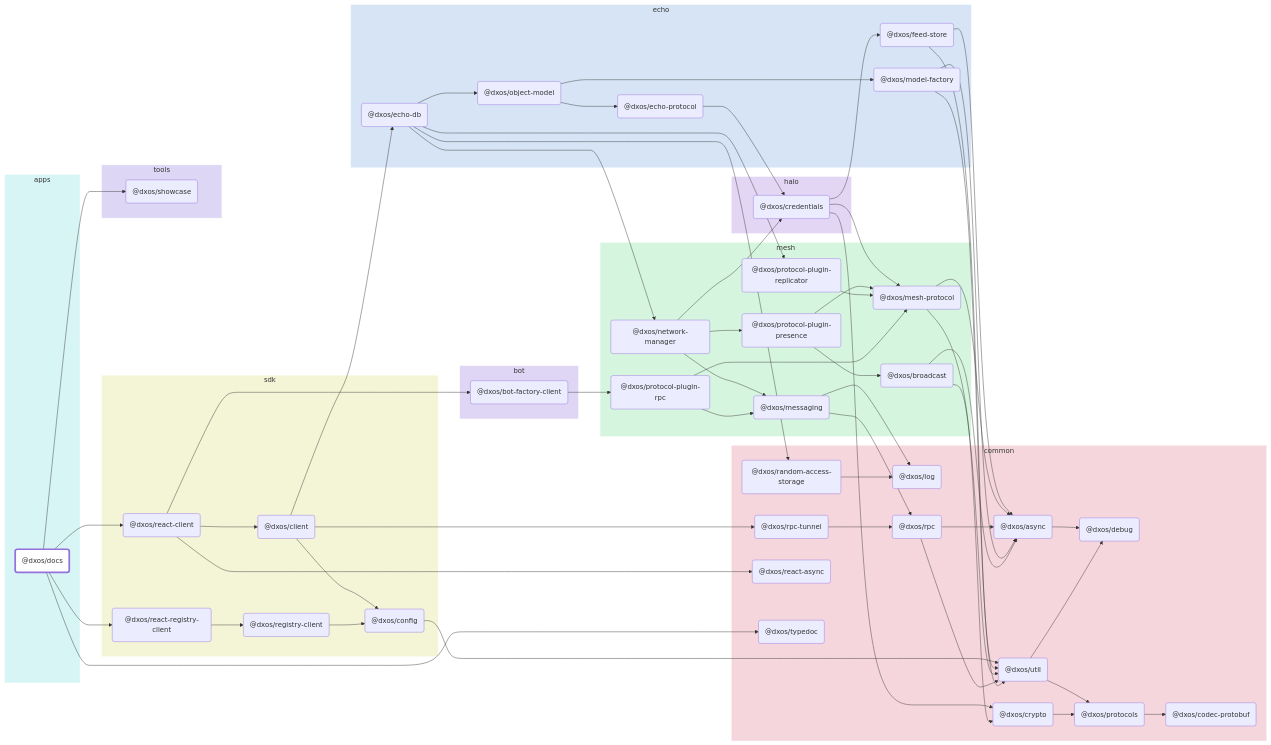
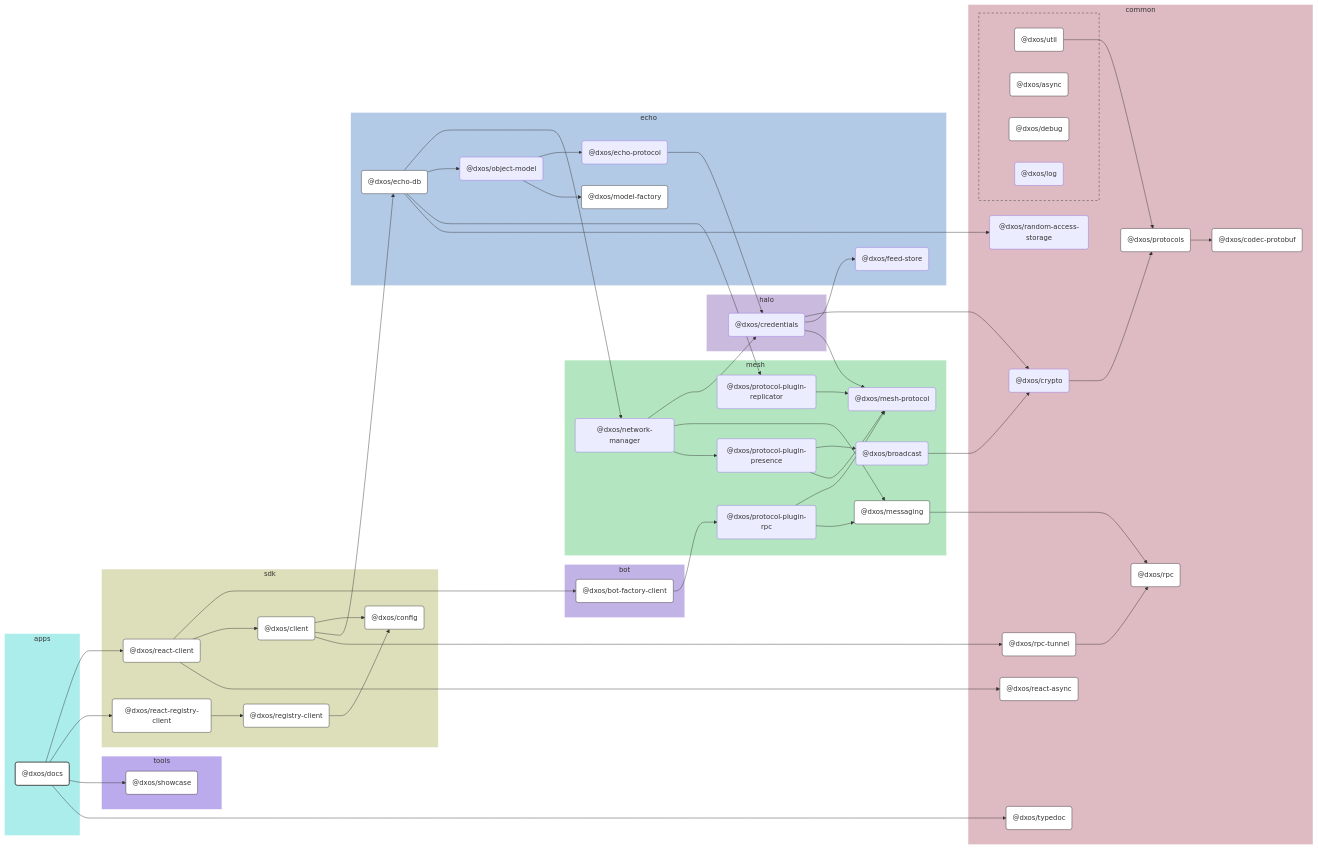
The diagram in apps/docs/docs/README.md (dxos/dxos), drawn with Mermaid before and after one commit. The commit also changed 100 other files, not shown here.

````diff
--- a/apps/docs/docs/README.md
+++ b/apps/docs/docs/README.md
@@ -7,142 +7,172 @@
 ```mermaid
-flowchart LR;
+%%{ init: {'flowchart':{'curve':'basis'}} }%%
 
-style dxos/docs fill:#fff,stroke-width:4px;
+flowchart LR
 
-click dxos/client "https:/github.com/dxos/dxos/tree/main/packages/sdk/client/docs";
-click dxos/async "https:/github.com/dxos/dxos/tree/main/packages/common/async/docs";
-click dxos/codec-protobuf "https:/github.com/dxos/dxos/tree/main/packages/common/codec-protobuf/docs";
-click dxos/config "https:/github.com/dxos/dxos/tree/main/packages/sdk/config/docs";
-click dxos/debug "https:/github.com/dxos/dxos/tree/main/packages/common/debug/docs";
-click dxos/echo-db "https:/github.com/dxos/dxos/tree/main/packages/echo/echo-db/docs";
-click dxos/model-factory "https:/github.com/dxos/dxos/tree/main/packages/echo/model-factory/docs";
-click dxos/protocols "https:/github.com/dxos/dxos/tree/main/packages/common/protocols/docs";
-click dxos/rpc "https:/github.com/dxos/dxos/tree/main/packages/common/rpc/docs";
-click dxos/rpc-tunnel "https:/github.com/dxos/dxos/tree/main/packages/common/rpc-tunnel/docs";
-click dxos/messaging "https:/github.com/dxos/dxos/tree/main/packages/mesh/messaging/docs";
-click dxos/util "https:/github.com/dxos/dxos/tree/main/packages/common/util/docs";
-click dxos/react-client "https:/github.com/dxos/dxos/tree/main/packages/sdk/react-client/docs";
-click dxos/bot-factory-client "https:/github.com/dxos/dxos/tree/main/packages/bot/bot-factory-client/docs";
-click dxos/react-async "https:/github.com/dxos/dxos/tree/main/packages/common/react-async/docs";
-click dxos/react-registry-client "https:/github.com/dxos/dxos/tree/main/packages/sdk/react-registry-client/docs";
-click dxos/registry-client "https:/github.com/dxos/dxos/tree/main/packages/sdk/registry-client/docs";
-click dxos/showcase "https:/github.com/dxos/dxos/tree/main/tools/showcase/docs";
-click dxos/typedoc "https:/github.com/dxos/dxos/tree/main/packages/common/typedoc/docs";
+%% Links
+dxos/bot-factory-client --> dxos/protocol-plugin-rpc;
+dxos/broadcast --> dxos/crypto;
+dxos/client --> dxos/config;
+dxos/client --> dxos/echo-db;
+dxos/client --> dxos/rpc-tunnel;
+dxos/credentials --> dxos/crypto;
+dxos/credentials --> dxos/feed-store;
+dxos/credentials --> dxos/mesh-protocol;
+dxos/crypto --> dxos/protocols;
+dxos/docs --> dxos/react-client;
+dxos/docs --> dxos/react-registry-client;
+dxos/docs --> dxos/showcase;
+dxos/docs --> dxos/typedoc;
+dxos/echo-db --> dxos/network-manager;
+dxos/echo-db --> dxos/object-model;
+dxos/echo-db --> dxos/protocol-plugin-replicator;
+dxos/echo-db --> dxos/random-access-storage;
+dxos/echo-protocol --> dxos/credentials;
+dxos/messaging --> dxos/rpc;
+dxos/network-manager --> dxos/credentials;
+dxos/network-manager --> dxos/messaging;
+dxos/network-manager --> dxos/protocol-plugin-presence;
+dxos/object-model --> dxos/echo-protocol;
+dxos/object-model --> dxos/model-factory;
+dxos/protocol-plugin-presence --> dxos/broadcast;
+dxos/protocol-plugin-presence --> dxos/mesh-protocol;
+dxos/protocol-plugin-replicator --> dxos/mesh-protocol;
+dxos/protocol-plugin-rpc --> dxos/mesh-protocol;
+dxos/protocol-plugin-rpc --> dxos/messaging;
+dxos/protocols --> dxos/codec-protobuf;
+dxos/react-client --> dxos/bot-factory-client;
+dxos/react-client --> dxos/client;
+dxos/react-client --> dxos/react-async;
+dxos/react-registry-client --> dxos/registry-client;
+dxos/registry-client --> dxos/config;
+dxos/rpc-tunnel --> dxos/rpc;
+dxos/util --> dxos/protocols;
 
+%% Sections
 subgraph apps
-  style apps fill:#d6f5f4,stroke:#fff;
-  dxos/docs("@dxos/docs");
+  style apps fill:#abedeb,stroke:#fff;
+
+  dxos/docs("@dxos/docs")
 end
 
 subgraph sdk
-  style sdk fill:#f4f5d6,stroke:#fff;
-  dxos/client("@dxos/client");
-  dxos/config("@dxos/config");
-  dxos/react-client("@dxos/react-client");
-  dxos/react-registry-client("@dxos/react-registry-client");
-  dxos/registry-client("@dxos/registry-client");
+  style sdk fill:#dddeba,stroke:#fff;
+
+  dxos/client("@dxos/client")
+  dxos/config("@dxos/config")
+  dxos/react-client("@dxos/react-client")
+  dxos/react-registry-client("@dxos/react-registry-client")
+  dxos/registry-client("@dxos/registry-client")
 end
 
 subgraph common
-  style common fill:#f5d6dd,stroke:#fff;
-  dxos/async("@dxos/async");
-  dxos/debug("@dxos/debug");
-  dxos/codec-protobuf("@dxos/codec-protobuf");
-  dxos/protocols("@dxos/protocols");
-  dxos/util("@dxos/util");
-  dxos/log("@dxos/log");
-  dxos/crypto("@dxos/crypto");
-  dxos/rpc("@dxos/rpc");
-  dxos/random-access-storage("@dxos/random-access-storage");
-  dxos/rpc-tunnel("@dxos/rpc-tunnel");
-  dxos/react-async("@dxos/react-async");
-  dxos/typedoc("@dxos/typedoc");
+  style common fill:#debac2,stroke:#fff;
+
+  dxos/codec-protobuf("@dxos/codec-protobuf")
+  dxos/crypto("@dxos/crypto")
+  dxos/protocols("@dxos/protocols")
+  dxos/random-access-storage("@dxos/random-access-storage")
+  dxos/react-async("@dxos/react-async")
+  dxos/rpc("@dxos/rpc")
+  dxos/rpc-tunnel("@dxos/rpc-tunnel")
+  dxos/typedoc("@dxos/typedoc")
+
+  subgraph common-excluded [ ]
+    style common-excluded fill:#debac2,stroke:#333,stroke-dasharray:5 5;
+
+    dxos/async("@dxos/async")
+    dxos/debug("@dxos/debug")
+    dxos/log("@dxos/log")
+    dxos/util("@dxos/util")
+  end
 end
 
 subgraph echo
-  style echo fill:#d6e4f5,stroke:#fff;
-  dxos/echo-db("@dxos/echo-db");
-  dxos/feed-store("@dxos/feed-store");
-  dxos/echo-protocol("@dxos/echo-protocol");
-  dxos/model-factory("@dxos/model-factory");
-  dxos/object-model("@dxos/object-model");
+  style echo fill:#b3cae6,stroke:#fff;
+
+  dxos/echo-db("@dxos/echo-db")
+  dxos/echo-protocol("@dxos/echo-protocol")
+  dxos/feed-store("@dxos/feed-store")
+  dxos/model-factory("@dxos/model-factory")
+  dxos/object-model("@dxos/object-model")
 end
 
 subgraph halo
-  style halo fill:#e3d6f5,stroke:#fff;
-  dxos/credentials("@dxos/credentials");
+  style halo fill:#cabade,stroke:#fff;
+
+  dxos/credentials("@dxos/credentials")
 end
 
 subgraph mesh
-  style mesh fill:#d6f5de,stroke:#fff;
-  dxos/mesh-protocol("@dxos/mesh-protocol");
-  dxos/messaging("@dxos/messaging");
-  dxos/network-manager("@dxos/network-manager");
-  dxos/protocol-plugin-presence("@dxos/protocol-plugin-presence");
-  dxos/broadcast("@dxos/broadcast");
-  dxos/protocol-plugin-replicator("@dxos/protocol-plugin-replicator");
-  dxos/protocol-plugin-rpc("@dxos/protocol-plugin-rpc");
+  style mesh fill:#b3e6c0,stroke:#fff;
+
+  dxos/broadcast("@dxos/broadcast")
+  dxos/mesh-protocol("@dxos/mesh-protocol")
+  dxos/messaging("@dxos/messaging")
+  dxos/network-manager("@dxos/network-manager")
+  dxos/protocol-plugin-presence("@dxos/protocol-plugin-presence")
+  dxos/protocol-plugin-replicator("@dxos/protocol-plugin-replicator")
+  dxos/protocol-plugin-rpc("@dxos/protocol-plugin-rpc")
 end
 
 subgraph bot
-  style bot fill:#dfd6f5,stroke:#fff;
-  dxos/bot-factory-client("@dxos/bot-factory-client");
+  style bot fill:#c2b3e6,stroke:#fff;
+
+  dxos/bot-factory-client("@dxos/bot-factory-client")
 end
 
 subgraph tools
-  style tools fill:#ded6f5,stroke:#fff;
-  dxos/showcase("@dxos/showcase");
+  style tools fill:#bbabed,stroke:#fff;
+
+  dxos/showcase("@dxos/showcase")
 end
 
-dxos/async --> dxos/debug;
-dxos/client --> dxos/config;
-dxos/protocols --> dxos/codec-protobuf;
-dxos/config --> dxos/util;
-dxos/util --> dxos/debug;
-dxos/util --> dxos/protocols;
-dxos/client --> dxos/echo-db;
-dxos/credentials --> dxos/crypto;
-dxos/crypto --> dxos/protocols;
-dxos/credentials --> dxos/feed-store;
-dxos/feed-store --> dxos/async;
-dxos/feed-store --> dxos/util;
-dxos/credentials --> dxos/mesh-protocol;
-dxos/mesh-protocol --> dxos/async;
-dxos/mesh-protocol --> dxos/util;
-dxos/echo-protocol --> dxos/credentials;
-dxos/messaging --> dxos/log;
-dxos/messaging --> dxos/rpc;
-dxos/rpc --> dxos/async;
-dxos/rpc --> dxos/util;
-dxos/model-factory --> dxos/async;
-dxos/model-factory --> dxos/util;
-dxos/echo-db --> dxos/network-manager;
-dxos/network-manager --> dxos/credentials;
-dxos/network-manager --> dxos/messaging;
-dxos/network-manager --> dxos/protocol-plugin-presence;
-dxos/protocol-plugin-presence --> dxos/broadcast;
-dxos/broadcast --> dxos/async;
-dxos/broadcast --> dxos/crypto;
-dxos/protocol-plugin-presence --> dxos/mesh-protocol;
-dxos/echo-db --> dxos/object-model;
-dxos/object-model --> dxos/echo-protocol;
-dxos/object-model --> dxos/model-factory;
-dxos/echo-db --> dxos/protocol-plugin-replicator;
-dxos/protocol-plugin-replicator --> dxos/mesh-protocol;
-dxos/echo-db --> dxos/random-access-storage;
-dxos/random-access-storage --> dxos/log;
-dxos/client --> dxos/rpc-tunnel;
-dxos/rpc-tunnel --> dxos/rpc;
-dxos/docs --> dxos/react-client;
-dxos/react-client --> dxos/bot-factory-client;
-dxos/bot-factory-client --> dxos/protocol-plugin-rpc;
-dxos/protocol-plugin-rpc --> dxos/messaging;
-dxos/protocol-plugin-rpc --> dxos/mesh-protocol;
-dxos/react-client --> dxos/client;
-dxos/react-client --> dxos/react-async;
-dxos/docs --> dxos/react-registry-client;
-dxos/react-registry-client --> dxos/registry-client;
-dxos/registry-client --> dxos/config;
-dxos/docs --> dxos/showcase;
-dxos/docs --> dxos/typedoc;
+
+%% Hyperlinks
+click dxos/async href "https:/github.com/dxos/dxos/tree/main/packages/common/async/docs";
+click dxos/bot-factory-client href "https:/github.com/dxos/dxos/tree/main/packages/bot/bot-factory-client/docs";
+click dxos/client href "https:/github.com/dxos/dxos/tree/main/packages/sdk/client/docs";
+click dxos/codec-protobuf href "https:/github.com/dxos/dxos/tree/main/packages/common/codec-protobuf/docs";
+click dxos/config href "https:/github.com/dxos/dxos/tree/main/packages/sdk/config/docs";
+click dxos/debug href "https:/github.com/dxos/dxos/tree/main/packages/common/debug/docs";
+click dxos/echo-db href "https:/github.com/dxos/dxos/tree/main/packages/echo/echo-db/docs";
+click dxos/messaging href "https:/github.com/dxos/dxos/tree/main/packages/mesh/messaging/docs";
+click dxos/model-factory href "https:/github.com/dxos/dxos/tree/main/packages/echo/model-factory/docs";
+click dxos/protocols href "https:/github.com/dxos/dxos/tree/main/packages/common/protocols/docs";
+click dxos/react-async href "https:/github.com/dxos/dxos/tree/main/packages/common/react-async/docs";
+click dxos/react-client href "https:/github.com/dxos/dxos/tree/main/packages/sdk/react-client/docs";
+click dxos/react-registry-client href "https:/github.com/dxos/dxos/tree/main/packages/sdk/react-registry-client/docs";
+click dxos/registry-client href "https:/github.com/dxos/dxos/tree/main/packages/sdk/registry-client/docs";
+click dxos/rpc href "https:/github.com/dxos/dxos/tree/main/packages/common/rpc/docs";
+click dxos/rpc-tunnel href "https:/github.com/dxos/dxos/tree/main/packages/common/rpc-tunnel/docs";
+click dxos/showcase href "https:/github.com/dxos/dxos/tree/main/tools/showcase/docs";
+click dxos/typedoc href "https:/github.com/dxos/dxos/tree/main/packages/common/typedoc/docs";
+click dxos/util href "https:/github.com/dxos/dxos/tree/main/packages/common/util/docs";
+
+%% Styles
+classDef rootNode fill:#fff,stroke:#333,stroke-width:2px
+classDef defaultNode fill:#fff,stroke:#333,stroke-width:1px
+linkStyle default stroke:#333,stroke-width:1px
+
+dxos/docs:::rootNode
+
+dxos/async:::defaultNode
+dxos/bot-factory-client:::defaultNode
+dxos/client:::defaultNode
+dxos/codec-protobuf:::defaultNode
+dxos/config:::defaultNode
+dxos/debug:::defaultNode
+dxos/echo-db:::defaultNode
+dxos/messaging:::defaultNode
+dxos/model-factory:::defaultNode
+dxos/protocols:::defaultNode
+dxos/react-async:::defaultNode
+dxos/react-client:::defaultNode
+dxos/react-registry-client:::defaultNode
+dxos/registry-client:::defaultNode
+dxos/rpc:::defaultNode
+dxos/rpc-tunnel:::defaultNode
+dxos/showcase:::defaultNode
+dxos/typedoc:::defaultNode
+dxos/util:::defaultNode
 ```
````
